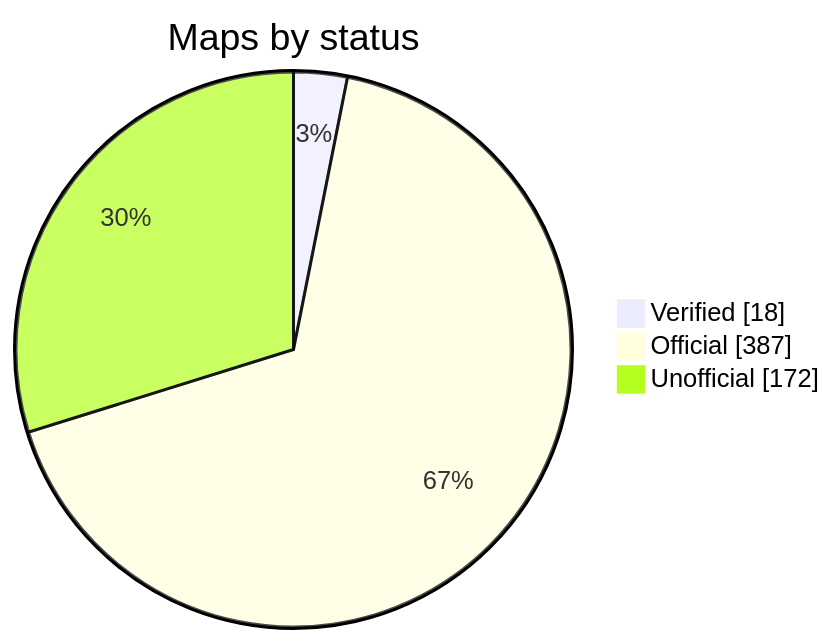
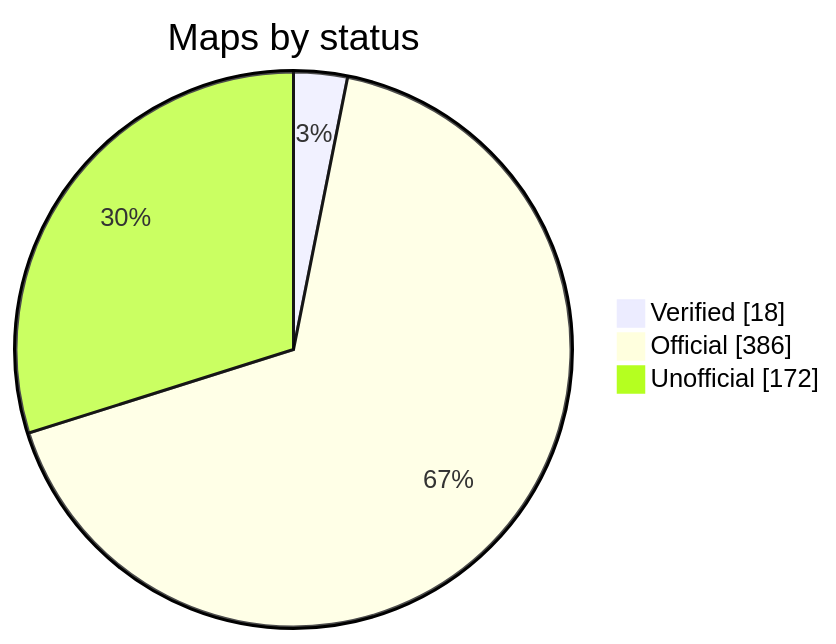
The diagram in README.md (nobrega8/mbmap-library), drawn with Mermaid before and after one commit. The commit also changed 5 other files, not shown here.

````diff
--- a/README.md
+++ b/README.md
@@ -52,7 +52,7 @@
 ```mermaid
 pie showData
     title Maps by status
     "Verified" : 18
-    "Official" : 387
+    "Official" : 386
     "Unofficial" : 172
 ```
````
